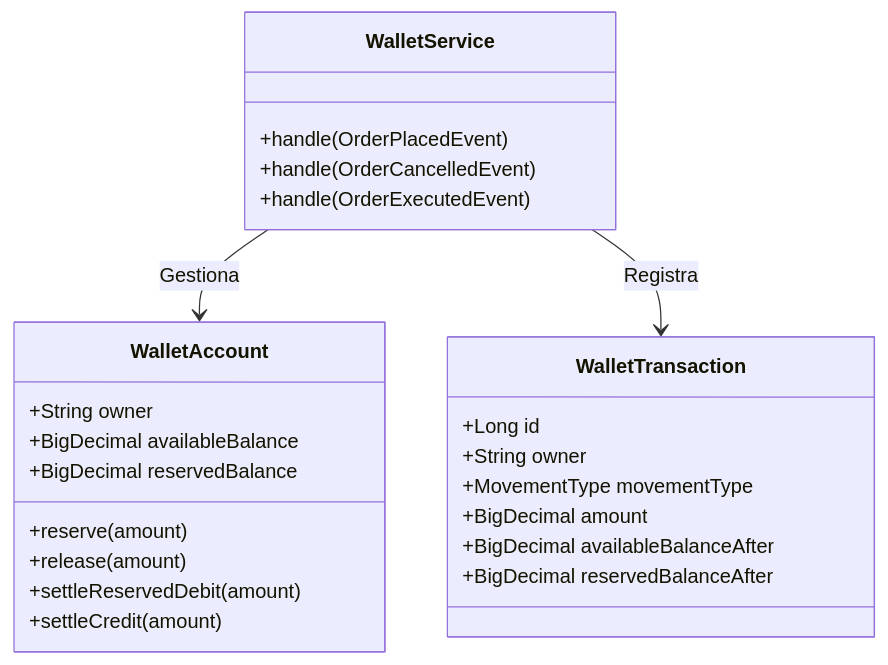
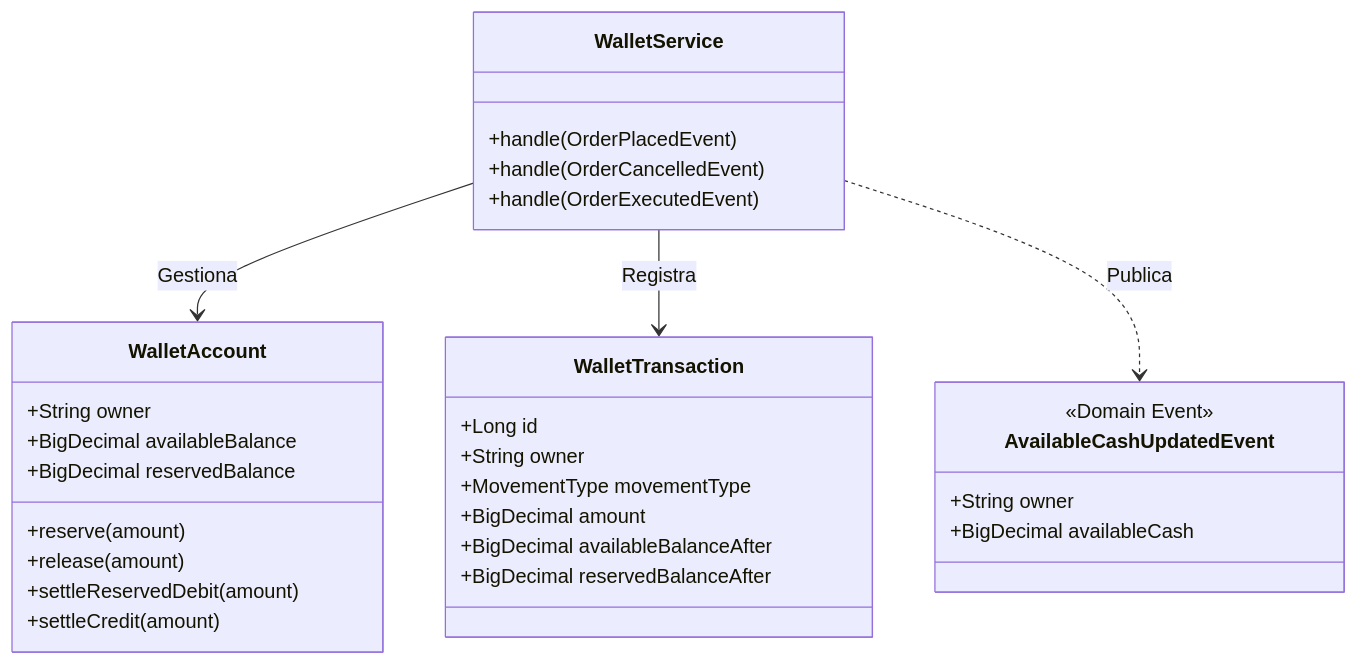
Before and after one commit to SergioGarciaRuiz557/EZTrade: the first of 2 diagrams in EZTrade/backend/src/main/java/com/trading/platform/eztrade/wallet/wallet.md, drawn with Mermaid. The commit also changed other lines of this file and 28 other files, not shown here.

````diff
--- a/EZTrade/backend/src/main/java/com/trading/platform/eztrade/wallet/wallet.md
+++ b/EZTrade/backend/src/main/java/com/trading/platform/eztrade/wallet/wallet.md
@@ -21,30 +22,37 @@
 ```mermaid
 classDiagram
     class WalletAccount {
         +String owner
         +BigDecimal availableBalance
         +BigDecimal reservedBalance
         +reserve(amount)
         +release(amount)
         +settleReservedDebit(amount)
         +settleCredit(amount)
     }
 
     class WalletTransaction {
         +Long id
         +String owner
         +MovementType movementType
         +BigDecimal amount
         +BigDecimal availableBalanceAfter
         +BigDecimal reservedBalanceAfter
     }
     
     class WalletService {
         +handle(OrderPlacedEvent)
         +handle(OrderCancelledEvent)
         +handle(OrderExecutedEvent)
     }
 
+    class AvailableCashUpdatedEvent {
+        <<Domain Event>>
+        +String owner
+        +BigDecimal availableCash
+    }
+
     WalletService --> WalletAccount : Gestiona
     WalletService --> WalletTransaction : Registra
+    WalletService ..> AvailableCashUpdatedEvent : Publica
 ```
````
